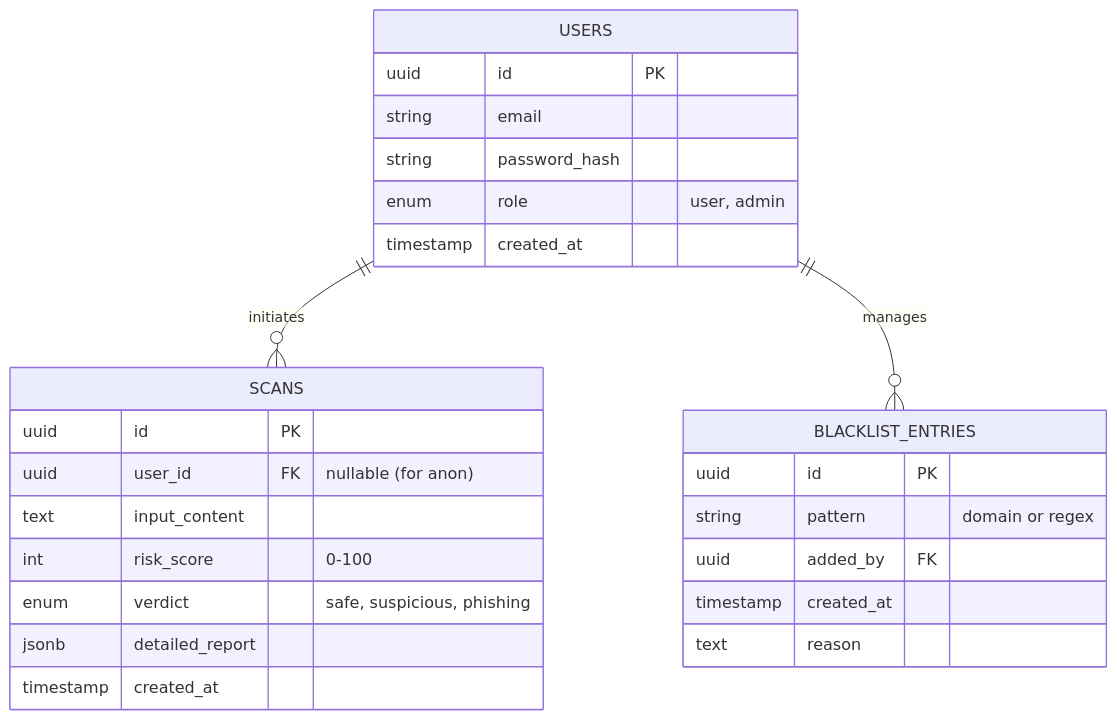
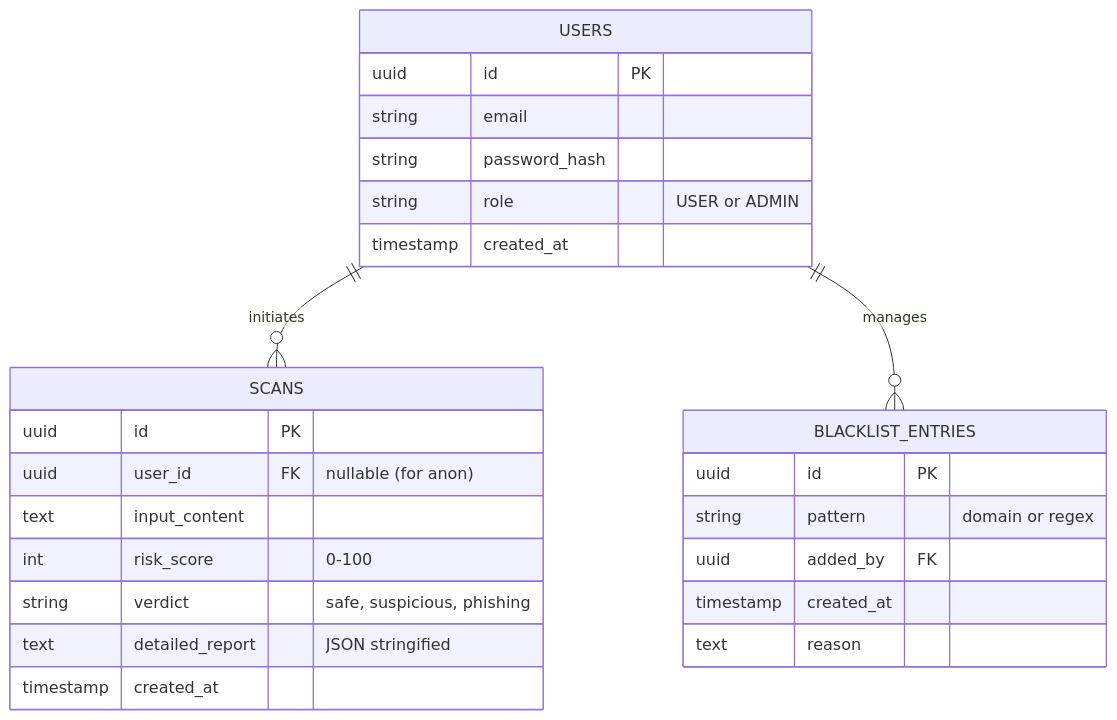
Before and after one commit to farissalman12/PhisingDetectionTool: the diagram in Docs/database.md, drawn with Mermaid. The commit also changed other lines of this file and 5 other files, not shown here.

Commit message:
docs: align remaining documentation (data flow, failure modes, nfrs) with synchronous architecture

````diff
--- a/Docs/database.md
+++ b/Docs/database.md
@@ -5,31 +5,31 @@
 ```mermaid
 erDiagram
     USERS ||--o{ SCANS : initiates
     USERS ||--o{ BLACKLIST_ENTRIES : manages
     
     USERS {
         uuid id PK
         string email
         string password_hash
-        enum role "user, admin"
+        string role "USER or ADMIN"
         timestamp created_at
     }
 
     SCANS {
         uuid id PK
         uuid user_id FK "nullable (for anon)"
         text input_content
         int risk_score "0-100"
-        enum verdict "safe, suspicious, phishing"
-        jsonb detailed_report
+        string verdict "safe, suspicious, phishing"
+        text detailed_report "JSON stringified"
         timestamp created_at
     }
 
     BLACKLIST_ENTRIES {
         uuid id PK
         string pattern "domain or regex"
         uuid added_by FK
         timestamp created_at
         text reason
     }
 ```
````
